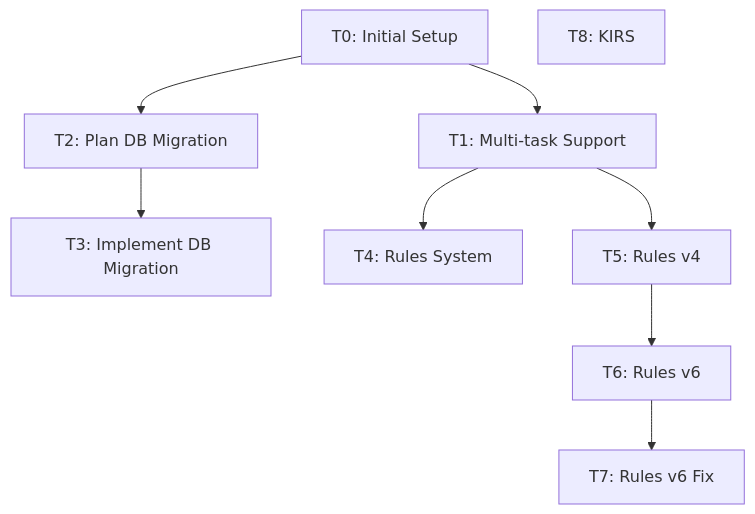
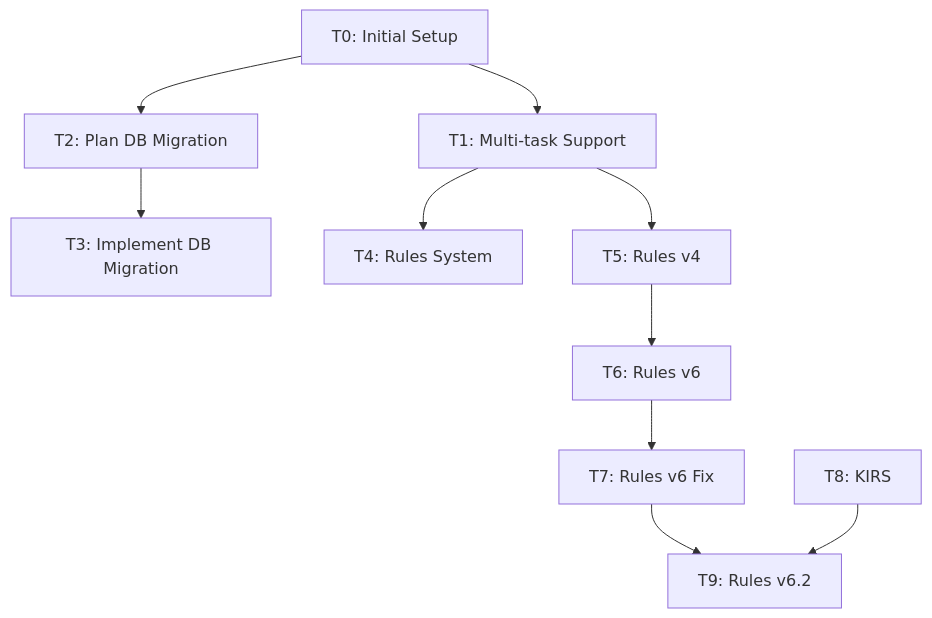
Before and after one commit to space-cadet/memory-bank: the diagram in memory-bank/tasks.md, drawn with Mermaid. The commit also changed other lines of this file and 5 other files, not shown here.

````diff
--- a/memory-bank/tasks.md
+++ b/memory-bank/tasks.md
@@ -31,20 +32,23 @@
 ```mermaid
 graph TD
     T0[T0: Initial Setup]
     T1[T1: Multi-task Support]
     T2[T2: Plan DB Migration]
     T3[T3: Implement DB Migration]
     T4[T4: Rules System]
     T5[T5: Rules v4]
     T6[T6: Rules v6]
     T7[T7: Rules v6 Fix]
     T8[T8: KIRS]
+    T9[T9: Rules v6.2]
 
     T0 --> T1
     T0 --> T2
     T2 --> T3
     T1 --> T4
     T1 --> T5
     T5 --> T6
     T6 --> T7
+    T7 --> T9
+    T8 --> T9
 ```
````
